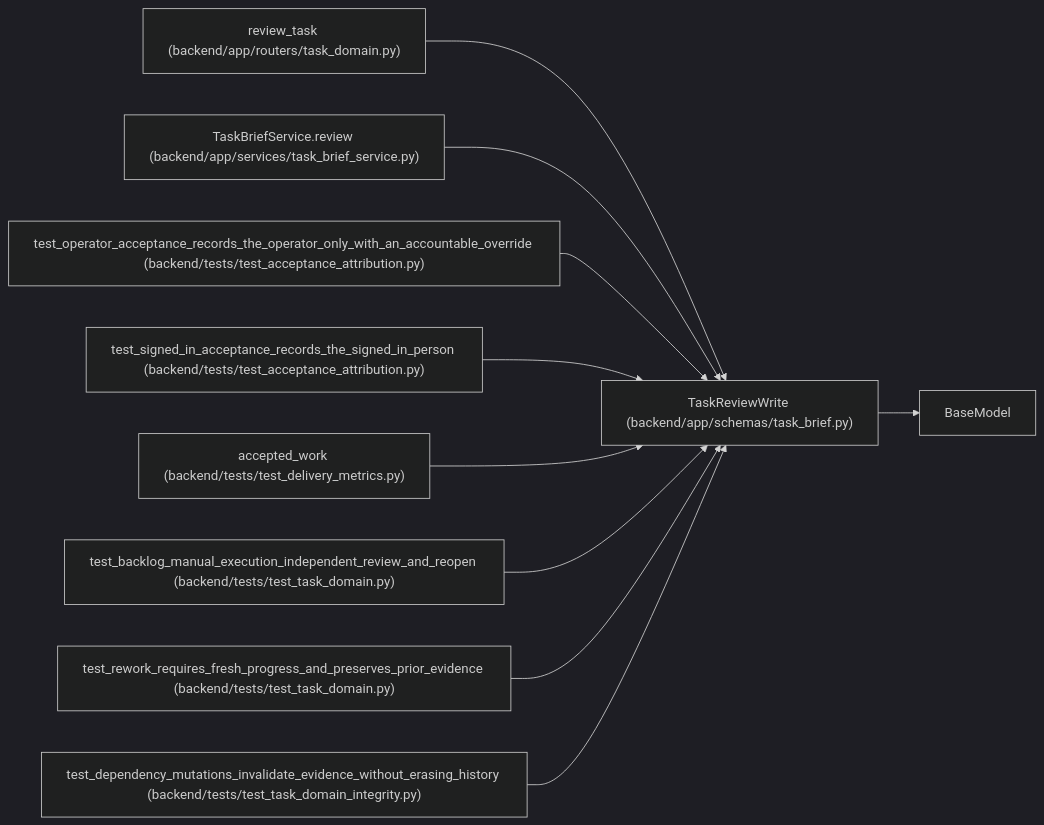
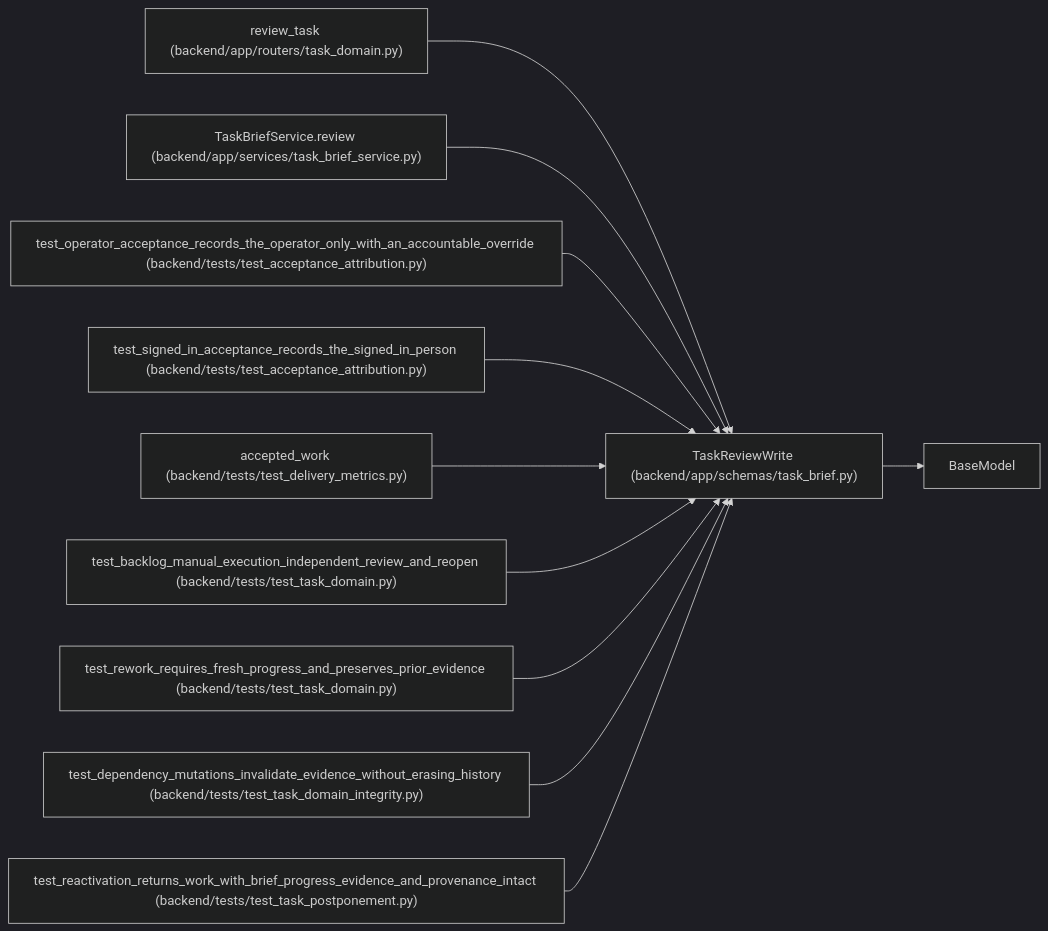
The diagram in docs/llm_wiki/entities/TaskReviewWrite.md (Denissvgn/WorkChord), drawn with Mermaid (dark theme) before and after one commit. The commit also changed other lines of this file and 732 other files, not shown here.

Commit message:
Sync the architectural wiki for the postponed task status

````diff
--- a/docs/llm_wiki/entities/TaskReviewWrite.md
+++ b/docs/llm_wiki/entities/TaskReviewWrite.md
@@ -36,31 +36,34 @@
 ```mermaid
 flowchart LR
     n0["TaskReviewWrite (backend/app/schemas/task_brief.py)"]
     n1["BaseModel"]
     n2["review_task (backend/app/routers/task_domain.py)"]
     n3["TaskBriefService.review (backend/app/services/task_brief_service.py)"]
     n4["test_operator_acceptance_records_the_operator_only_with_an_accountable_override (backend/tests/test_acceptance_attribution.py)"]
     n5["test_signed_in_acceptance_records_the_signed_in_person (backend/tests/test_acceptance_attribution.py)"]
     n6["accepted_work (backend/tests/test_delivery_metrics.py)"]
     n7["test_backlog_manual_execution_independent_review_and_reopen (backend/tests/test_task_domain.py)"]
     n8["test_rework_requires_fresh_progress_and_preserves_prior_evidence (backend/tests/test_task_domain.py)"]
     n9["test_dependency_mutations_invalidate_evidence_without_erasing_history (backend/tests/test_task_domain_integrity.py)"]
+    n10["test_reactivation_returns_work_with_brief_progress_evidence_and_provenance_intact (backend/tests/test_task_postponement.py)"]
     n0 --> n1
     n2 --> n0
     n3 --> n0
     n4 --> n0
     n5 --> n0
     n6 --> n0
     n7 --> n0
     n8 --> n0
     n9 --> n0
+    n10 --> n0
     click n0 "../modules/schemas_task_brief.md"
     click n2 "../modules/routers_task_domain.md"
     click n3 "../modules/task_brief_service.md"
     click n4 "../modules/test_acceptance_attribution.md"
     click n5 "../modules/test_acceptance_attribution.md"
     click n6 "../modules/test_delivery_metrics.md"
     click n7 "../modules/test_task_domain.md"
     click n8 "../modules/test_task_domain.md"
     click n9 "../modules/test_task_domain_integrity.md"
+    click n10 "../modules/test_task_postponement.md"
 ```
````
